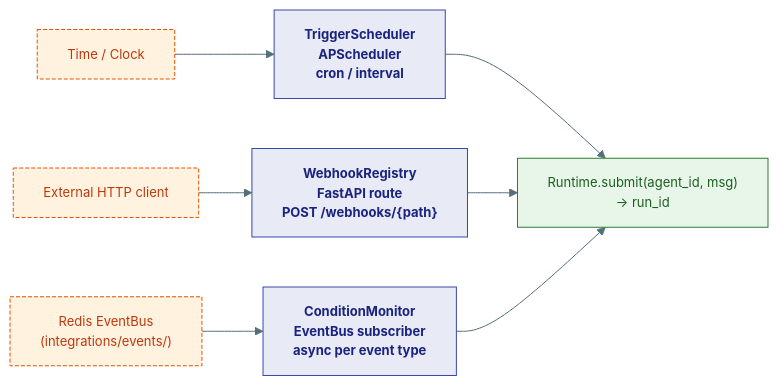
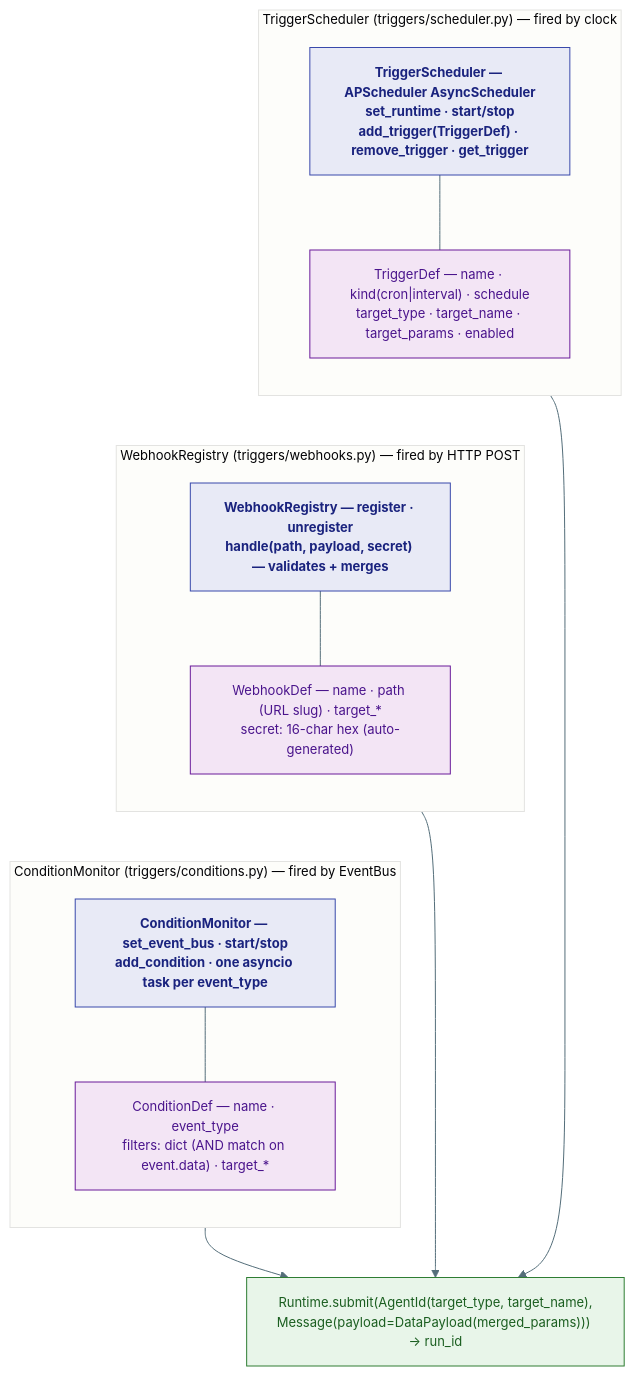
One commit to Ravikumarchavva/agent-substrate changed the first of 2 diagrams in agents/agent-substrate/docs/capabilities/07-triggers.md. Above: the diagram before and after it, drawn with Mermaid. The commit also changed 10 other files, not shown here.

First line of the commit message:
Refactor documentation diagrams and enhance Mermaid integration

````diff
--- a/agents/agent-substrate/docs/capabilities/07-triggers.md
+++ b/agents/agent-substrate/docs/capabilities/07-triggers.md
@@ -15,21 +15,36 @@
 ```mermaid
 %%{init: {'theme': 'base', 'themeVariables': {'primaryColor': '#E8EAF6','primaryTextColor': '#1A237E','primaryBorderColor': '#3949AB','lineColor': '#546E7A','fontSize': '13px'}}}%%
-flowchart LR
+flowchart TB
     classDef trig fill:#E8EAF6,stroke:#3949AB,color:#1A237E,font-weight:bold
-    classDef src  fill:#FFF3E0,stroke:#E65100,color:#BF360C,stroke-dasharray:4 2
+    classDef def  fill:#F3E5F5,stroke:#6A1B9A,color:#4A148C
     classDef rt   fill:#E8F5E9,stroke:#2E7D32,color:#1B5E20
 
-    CRON["TriggerScheduler\nAPScheduler\ncron / interval"]:::trig
-    HOOK["WebhookRegistry\nFastAPI route\nPOST /webhooks/{path}"]:::trig
-    COND["ConditionMonitor\nEventBus subscriber\nasync per event type"]:::trig
+    subgraph SCHED["TriggerScheduler (triggers/scheduler.py) — fired by clock"]
+        direction TB
+        CRON["TriggerScheduler — APScheduler AsyncScheduler<br/>set_runtime · start/stop<br/>add_trigger(TriggerDef) · remove_trigger · get_trigger"]:::trig
+        TDEF["TriggerDef — name · kind(cron|interval) · schedule<br/>target_type · target_name · target_params · enabled"]:::def
+        CRON --- TDEF
+    end
 
-    TIME["Time / Clock"]:::src
-    HTTP["External HTTP client"]:::src
-    BUS["Redis EventBus\n(integrations/events/)"]:::src
+    subgraph HOOK["WebhookRegistry (triggers/webhooks.py) — fired by HTTP POST"]
+        direction TB
+        HREG["WebhookRegistry — register · unregister<br/>handle(path, payload, secret) — validates + merges"]:::trig
+        WDEF["WebhookDef — name · path (URL slug) · target_*<br/>secret: 16-char hex (auto-generated)"]:::def
+        HREG --- WDEF
+    end
 
-    RT["Runtime.submit(agent_id, msg)\n→ run_id"]:::rt
+    subgraph COND["ConditionMonitor (triggers/conditions.py) — fired by EventBus"]
+        direction TB
+        CMON["ConditionMonitor — set_event_bus · start/stop<br/>add_condition · one asyncio task per event_type"]:::trig
+        CDEF["ConditionDef — name · event_type<br/>filters: dict (AND match on event.data) · target_*"]:::def
+        CMON --- CDEF
+    end
 
-    TIME --> CRON --> RT
-    HTTP --> HOOK --> RT
-    BUS --> COND --> RT
+    RT["Runtime.submit(AgentId(target_type, target_name),<br/>Message(payload=DataPayload(merged_params))) → run_id"]:::rt
+
+    SCHED --> RT
+    HOOK --> RT
+    COND --> RT
+    TDEF ~~~ HREG
+    WDEF ~~~ CMON
 ```
````
